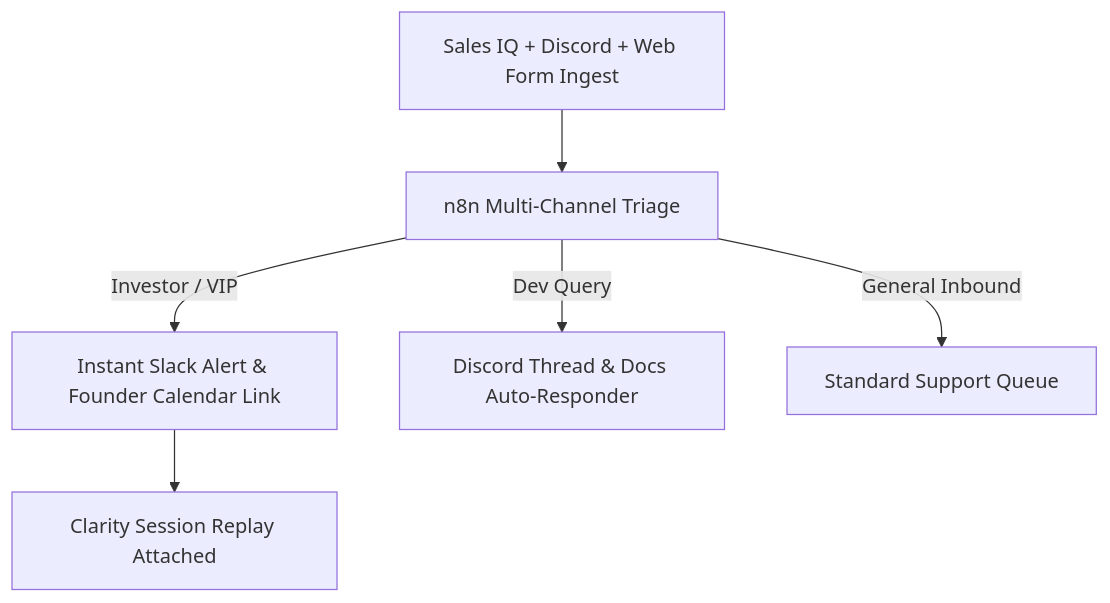
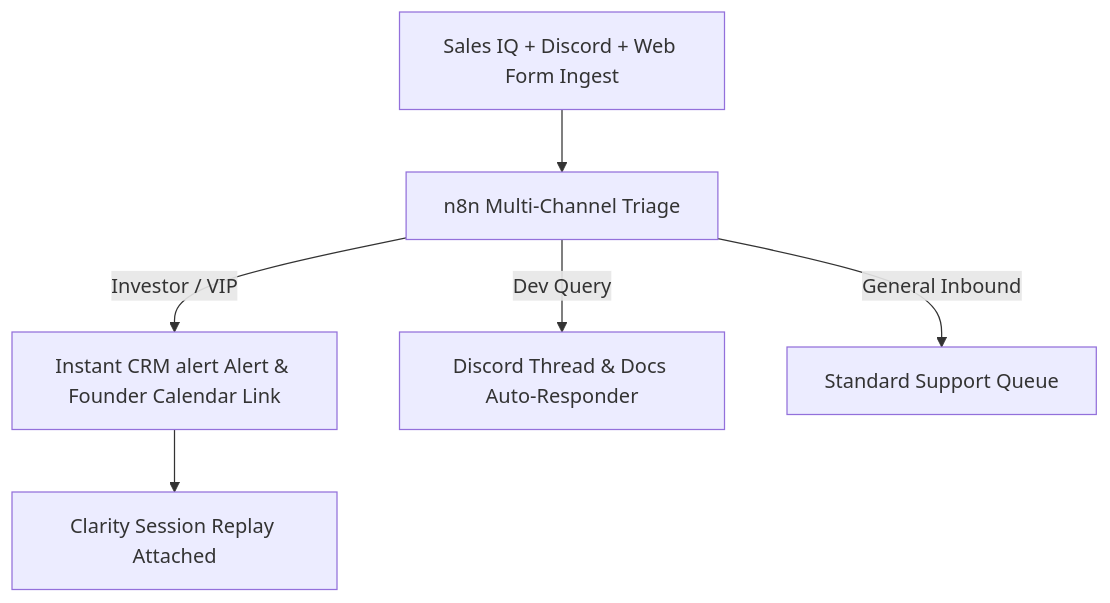
The diagram in src/content/caseStudies/sonic-founder-led-gtm.md (digital-experts-team/AI-Growth-Portfolio), drawn with Mermaid before and after one commit. The commit also changed 15 other files, not shown here.

````diff
--- a/src/content/caseStudies/sonic-founder-led-gtm.md
+++ b/src/content/caseStudies/sonic-founder-led-gtm.md
@@ -34,8 +34,8 @@
 ```mermaid
 graph TD
     A[Sales IQ + Discord + Web Form Ingest] --> B[n8n Multi-Channel Triage]
-    B -->|Investor / VIP| C[Instant Slack Alert & Founder Calendar Link]
+    B -->|Investor / VIP| C[Instant CRM alert Alert & Founder Calendar Link]
     B -->|Dev Query| D[Discord Thread & Docs Auto-Responder]
     B -->|General Inbound| E[Standard Support Queue]
     C --> F[Clarity Session Replay Attached]
 ```
````
